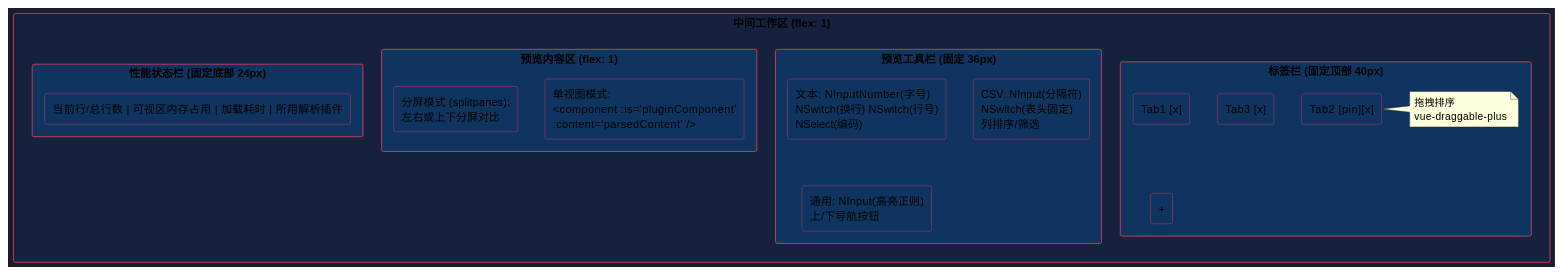
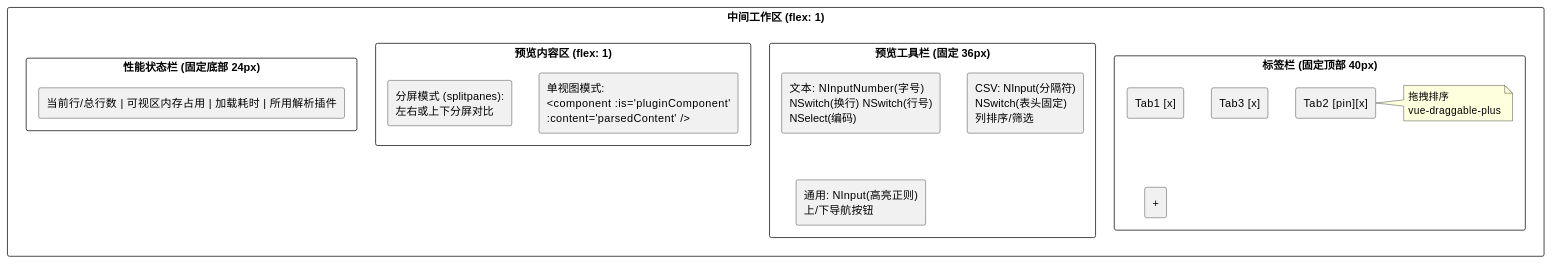
Before and after one commit to taoweidong/Hello-Tauri: the fifth of 20 diagrams in docs/superpowers/specs/2026-06-26-system-architecture-design.md, drawn with PlantUML. The commit also changed other lines of this file and 1 other file, not shown here.

Commit message:
docs: add README, remove PlantUML dark theme styles

````diff
--- a/docs/superpowers/specs/2026-06-26-system-architecture-design.md
+++ b/docs/superpowers/specs/2026-06-26-system-architecture-design.md
@@ -299,35 +275,30 @@
 ```plantuml
 @startuml
-skinparam backgroundColor #1a1a2e
-skinparam defaultTextColor #e0e0e0
-skinparam rectangleBackgroundColor #0f3460
-skinparam rectangleBorderColor #e94560
-skinparam arrowColor #e94560
 
-rectangle "中间工作区 (flex: 1)" #16213e {
+rectangle "中间工作区 (flex: 1)" {
 
-  rectangle "标签栏 (固定顶部 40px)" #0f3460 {
+  rectangle "标签栏 (固定顶部 40px)" {
     rectangle "Tab1 [x]" as t1
     rectangle "Tab2 [pin][x]" as t2
     rectangle "Tab3 [x]" as t3
     rectangle "+" as t_add
     note right of t2: 拖拽排序\nvue-draggable-plus
   }
 
-  rectangle "预览工具栏 (固定 36px)" #0f3460 {
+  rectangle "预览工具栏 (固定 36px)" {
     rectangle "文本: NInputNumber(字号)\nNSwitch(换行) NSwitch(行号)\nNSelect(编码)" as text_toolbar
     rectangle "CSV: NInput(分隔符)\nNSwitch(表头固定)\n列排序/筛选" as csv_toolbar
     rectangle "通用: NInput(高亮正则)\n上/下导航按钮" as common_toolbar
   }
 
-  rectangle "预览内容区 (flex: 1)" #0f3460 {
+  rectangle "预览内容区 (flex: 1)" {
     rectangle "单视图模式:\n<component :is='pluginComponent'\n:content='parsedContent' />" as single
     rectangle "分屏模式 (splitpanes):\n左右或上下分屏对比" as split
   }
 
-  rectangle "性能状态栏 (固定底部 24px)" #0f3460 {
+  rectangle "性能状态栏 (固定底部 24px)" {
     rectangle "当前行/总行数 | 可视区内存占用 | 加载耗时 | 所用解析插件" as perf
   }
 }
 @enduml
 ```
````
